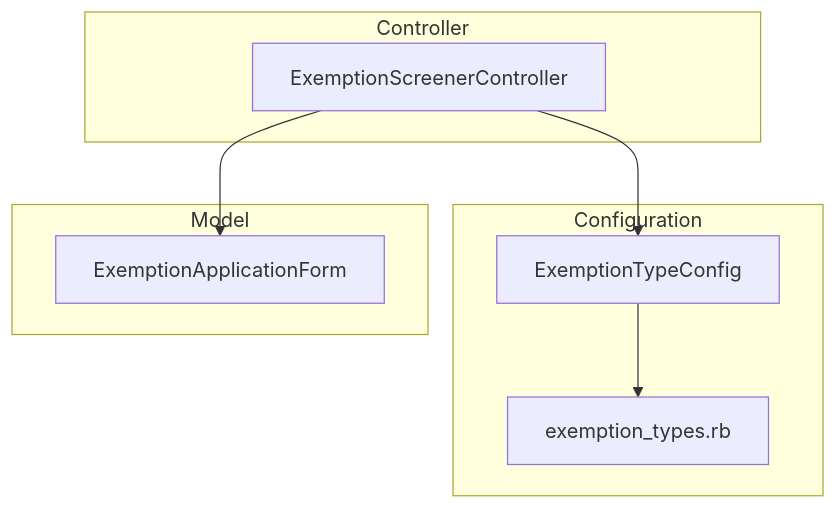
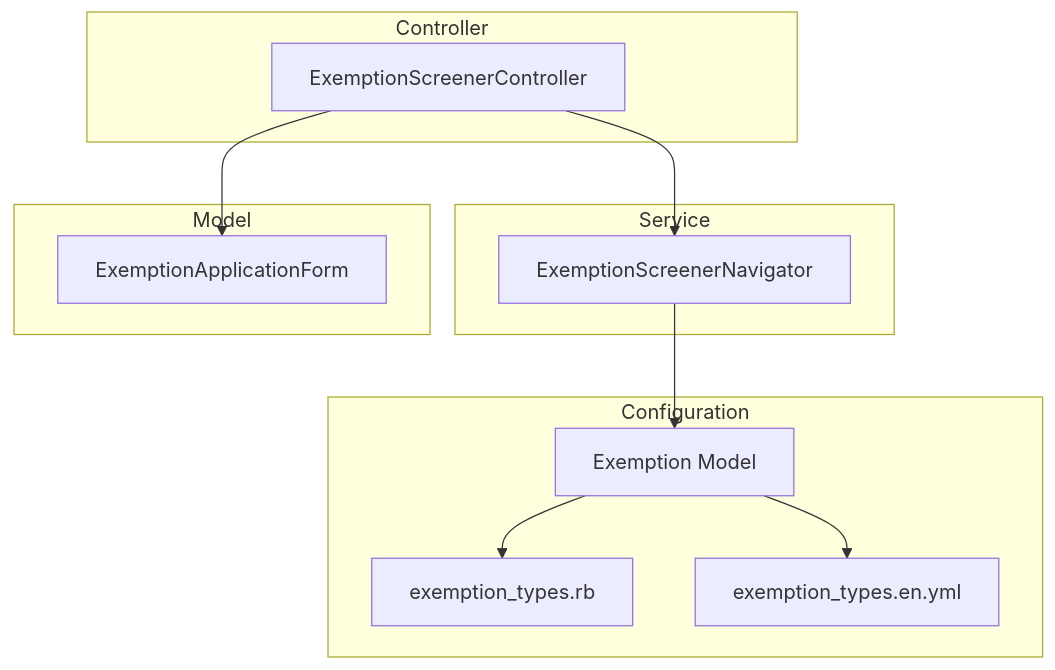
One commit to navapbc/oscer changed the second of 2 diagrams in docs/architecture/exemption-screener-v2/README.md. Above: the diagram before and after it, drawn with Mermaid. The commit also changed other lines of this file, not shown here.

````diff
--- a/docs/architecture/exemption-screener-v2/README.md
+++ b/docs/architecture/exemption-screener-v2/README.md
@@ -28,19 +31,26 @@
 ```mermaid
 flowchart TB
     subgraph controller [Controller]
         ESC[ExemptionScreenerController]
     end
 
+    subgraph service [Service]
+        ESN[ExemptionScreenerNavigator]
+    end
+
     subgraph config [Configuration]
-        ETC[ExemptionTypeConfig]
+        EM[Exemption Model]
         Init[exemption_types.rb]
+        I18n[exemption_types.en.yml]
     end
 
     subgraph model [Model]
         EAF[ExemptionApplicationForm]
     end
 
-    ESC --> ETC
+    ESC --> ESN
+    ESN --> EM
     ESC --> EAF
-    ETC --> Init
+    EM --> Init
+    EM --> I18n
 ```
````
